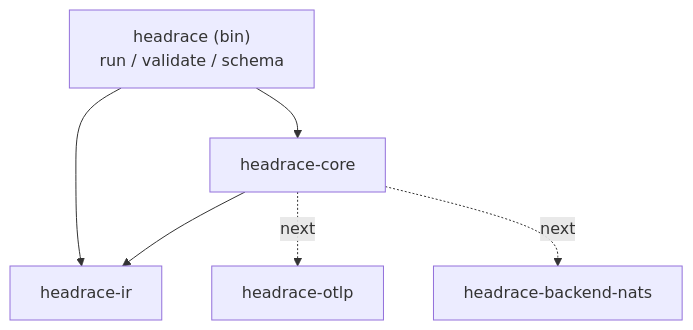
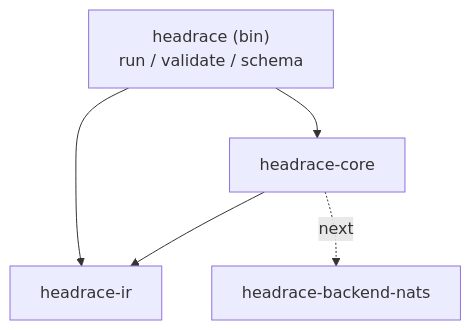
The fifth of 5 diagrams in DESIGN.md (headrace-rs/headrace), drawn with Mermaid before and after one commit. The commit also changed other lines of this file, not shown here.

First line of the commit message:
docs(design): otlp is a core feature, not a crate

````diff
--- a/DESIGN.md
+++ b/DESIGN.md
@@ -272,8 +272,7 @@
 ```mermaid
 flowchart TD
   cli["headrace (bin)<br/>run / validate / schema"] --> core[headrace-core]
   cli --> ir[headrace-ir]
   core --> ir
-  core -.next.-> otlp[headrace-otlp]
   core -.next.-> nats[headrace-backend-nats]
 ```
````
